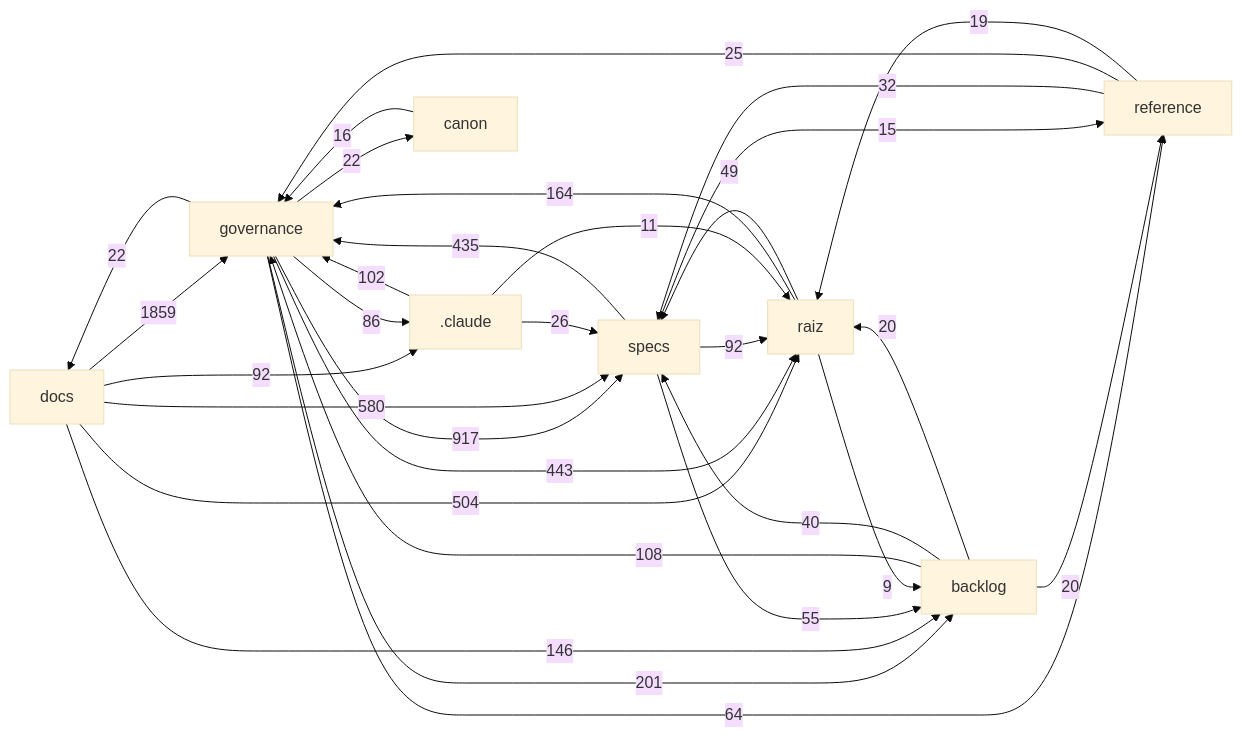
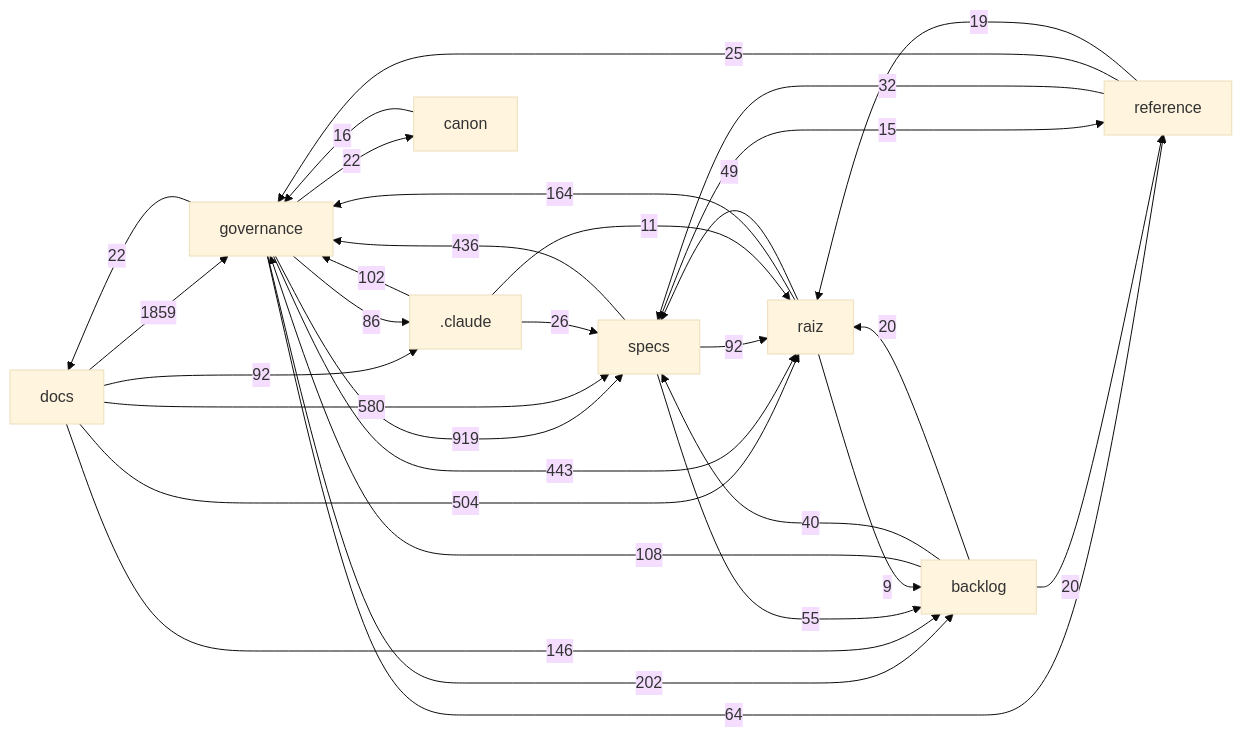
One commit to Andraus35/Sistema-Operacional-de-Trading--SOT changed the diagram in docs/mapa/MAPA-PROJETO.md. Above: the diagram before and after it, drawn with Mermaid (base theme). The commit also changed other lines of this file and 4 other files, not shown here.

````diff
--- a/docs/mapa/MAPA-PROJETO.md
+++ b/docs/mapa/MAPA-PROJETO.md
@@ -29,33 +29,33 @@
 ```mermaid
 flowchart LR
   docs["docs"] -->|1859| governance["governance"]
-  governance["governance"] -->|917| specs["specs"]
+  governance["governance"] -->|919| specs["specs"]
   docs["docs"] -->|580| specs["specs"]
   docs["docs"] -->|504| raiz["raiz"]
   governance["governance"] -->|443| raiz["raiz"]
-  specs["specs"] -->|435| governance["governance"]
-  governance["governance"] -->|201| backlog["backlog"]
+  specs["specs"] -->|436| governance["governance"]
+  governance["governance"] -->|202| backlog["backlog"]
   raiz["raiz"] -->|164| governance["governance"]
   docs["docs"] -->|146| backlog["backlog"]
   backlog["backlog"] -->|108| governance["governance"]
   _claude[".claude"] -->|102| governance["governance"]
   docs["docs"] -->|92| _claude[".claude"]
   specs["specs"] -->|92| raiz["raiz"]
   governance["governance"] -->|86| _claude[".claude"]
   governance["governance"] -->|64| reference["reference"]
   specs["specs"] -->|55| backlog["backlog"]
   raiz["raiz"] -->|49| specs["specs"]
   backlog["backlog"] -->|40| specs["specs"]
   reference["reference"] -->|32| specs["specs"]
   _claude[".claude"] -->|26| specs["specs"]
   reference["reference"] -->|25| governance["governance"]
   governance["governance"] -->|22| docs["docs"]
   governance["governance"] -->|22| canon["canon"]
   backlog["backlog"] -->|20| raiz["raiz"]
   backlog["backlog"] -->|20| reference["reference"]
   reference["reference"] -->|19| raiz["raiz"]
   canon["canon"] -->|16| governance["governance"]
   specs["specs"] -->|15| reference["reference"]
   _claude[".claude"] -->|11| raiz["raiz"]
   raiz["raiz"] -->|9| backlog["backlog"]
 ```
````
